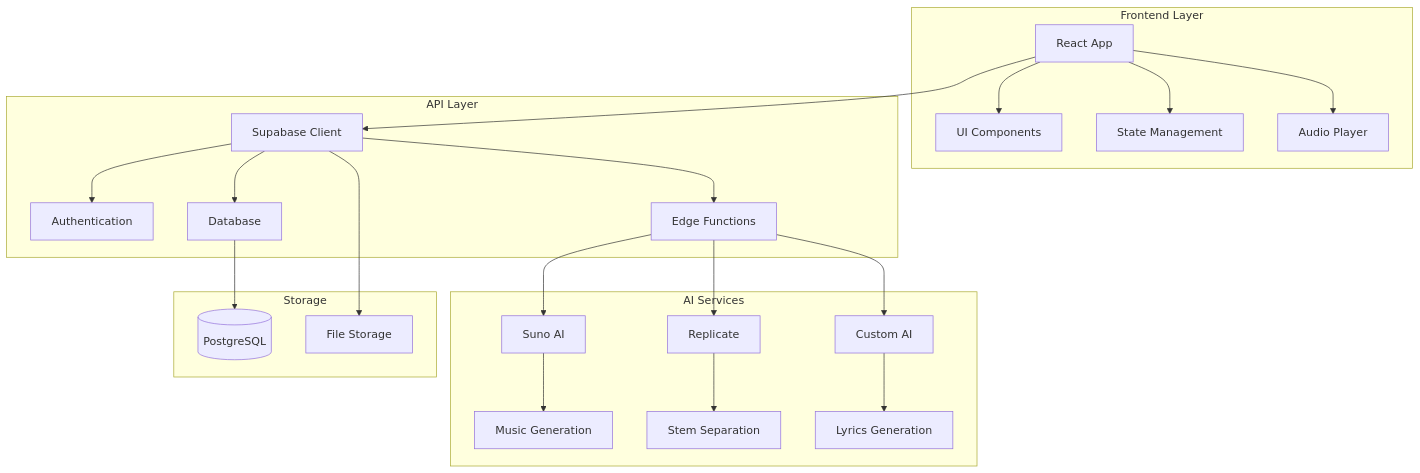
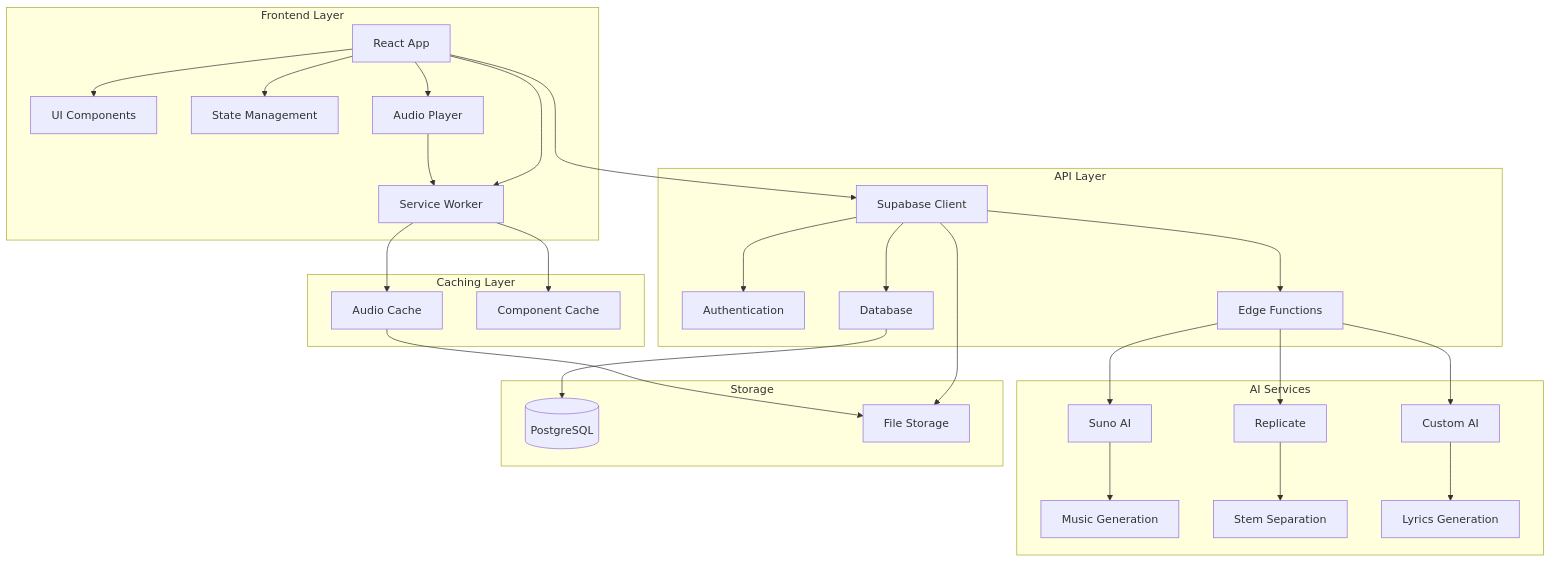
Before and after one commit to HOW2AI-AGENCY/albert3-muse-synth-studio: the diagram in README.md, drawn with Mermaid. The commit also changed other lines of this file and 2 other files, not shown here.

Commit message:
feat: add service worker caching and update docs for v1.3.0
- Implement audio caching via Service Worker for offline access
- Add loading skeletons and mini-player components
- Update documentation to reflect new features and version bump

````diff
--- a/README.md
+++ b/README.md
@@ -107,33 +111,41 @@
 ```mermaid
 graph TB
     subgraph "Frontend Layer"
         A[React App] --> B[UI Components]
         A --> C[State Management]
         A --> D[Audio Player]
+        A --> SW[Service Worker]
+    end
+    
+    subgraph "Caching Layer"
+        SW --> AC[Audio Cache]
+        SW --> CC[Component Cache]
     end
     
     subgraph "API Layer"
         E[Supabase Client] --> F[Authentication]
         E --> G[Database]
         E --> H[Edge Functions]
     end
     
     subgraph "AI Services"
         I[Suno AI] --> J[Music Generation]
         K[Replicate] --> L[Stem Separation]
         M[Custom AI] --> N[Lyrics Generation]
     end
     
     A --> E
     H --> I
     H --> K
     H --> M
+    D --> SW
     
     subgraph "Storage"
         O[(PostgreSQL)]
         P[File Storage]
     end
     
     G --> O
     E --> P
+    AC --> P
 ```
````
